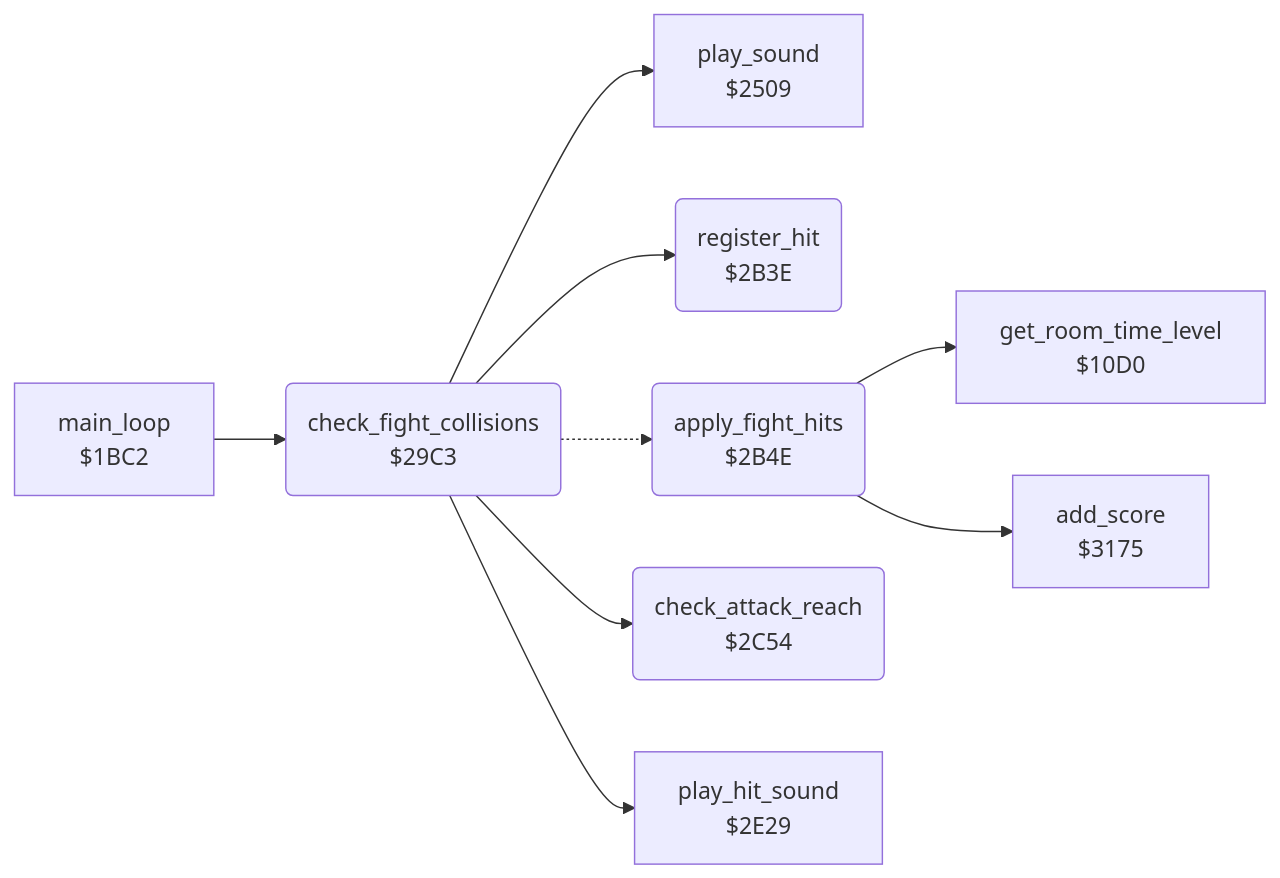
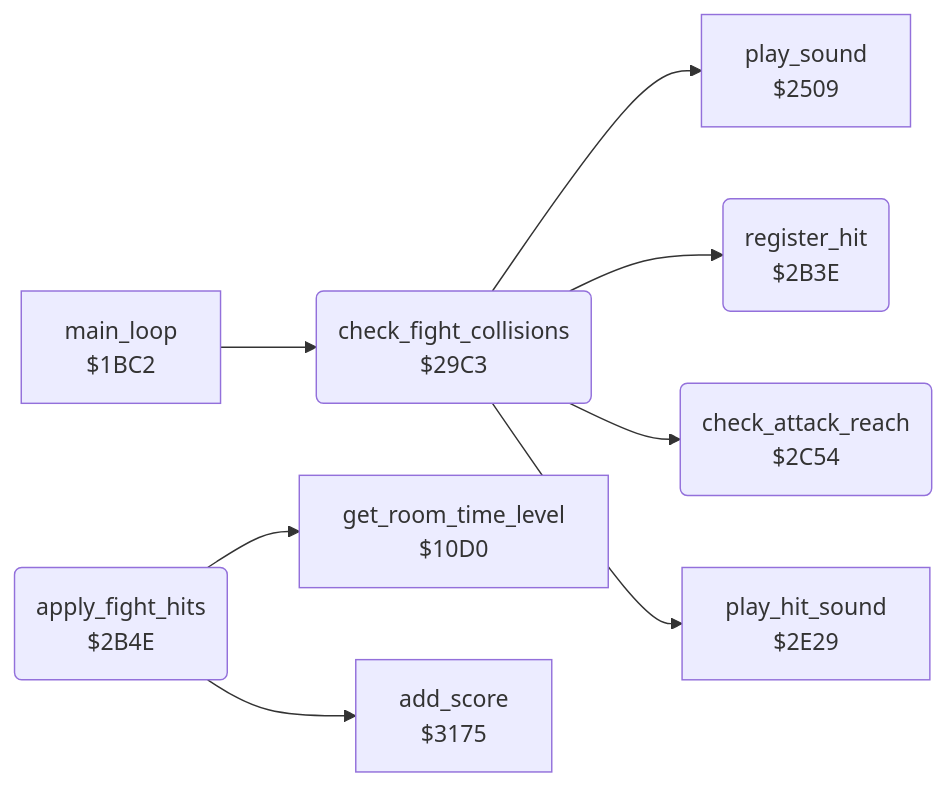
Before and after one commit to henols/c64_games: the diagram in bruce_lee/docs/reference/modules/actor/fight_hits.md, drawn with Mermaid. The commit also changed other lines of this file and 236 other files, not shown here.

````diff
--- a/bruce_lee/docs/reference/modules/actor/fight_hits.md
+++ b/bruce_lee/docs/reference/modules/actor/fight_hits.md
@@ -10,20 +19,19 @@
 ```mermaid
 flowchart LR
   n10d0["get_room_time_level<br/>$10D0"]
   n1bc2["main_loop<br/>$1BC2"]
   n2509["play_sound<br/>$2509"]
   n29c3("check_fight_collisions<br/>$29C3")
   n2b3e("register_hit<br/>$2B3E")
   n2b4e("apply_fight_hits<br/>$2B4E")
   n2c54("check_attack_reach<br/>$2C54")
   n2e29["play_hit_sound<br/>$2E29"]
   n3175["add_score<br/>$3175"]
   n1bc2 --> n29c3
   n29c3 --> n2509
   n29c3 --> n2b3e
-  n29c3 -.-> n2b4e
   n29c3 --> n2c54
   n29c3 --> n2e29
   n2b4e --> n10d0
   n2b4e --> n3175
 ```
````
